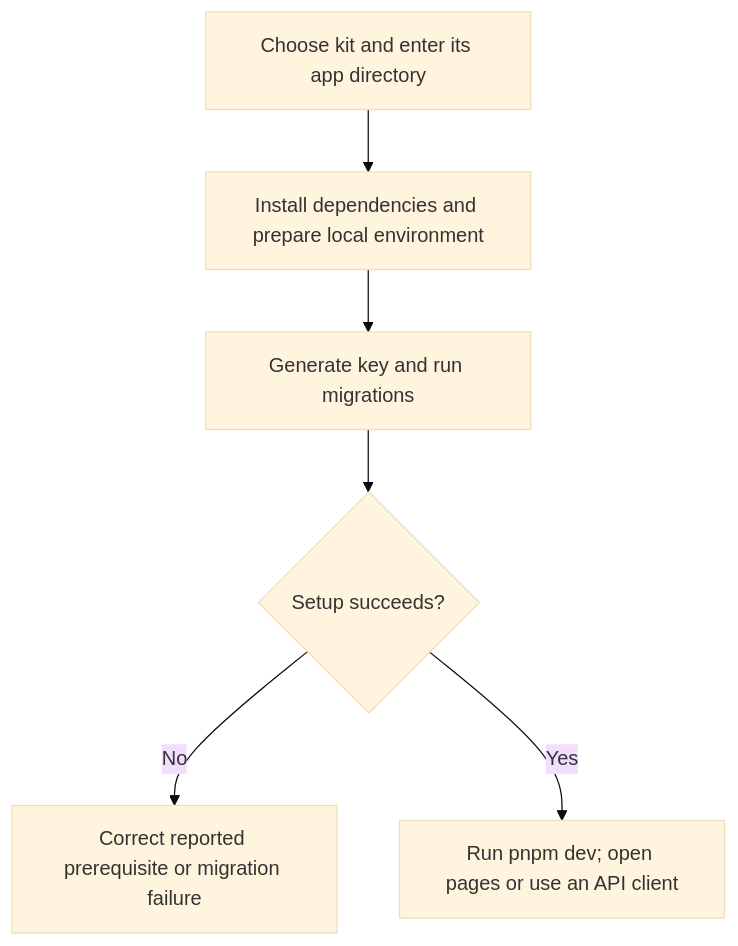
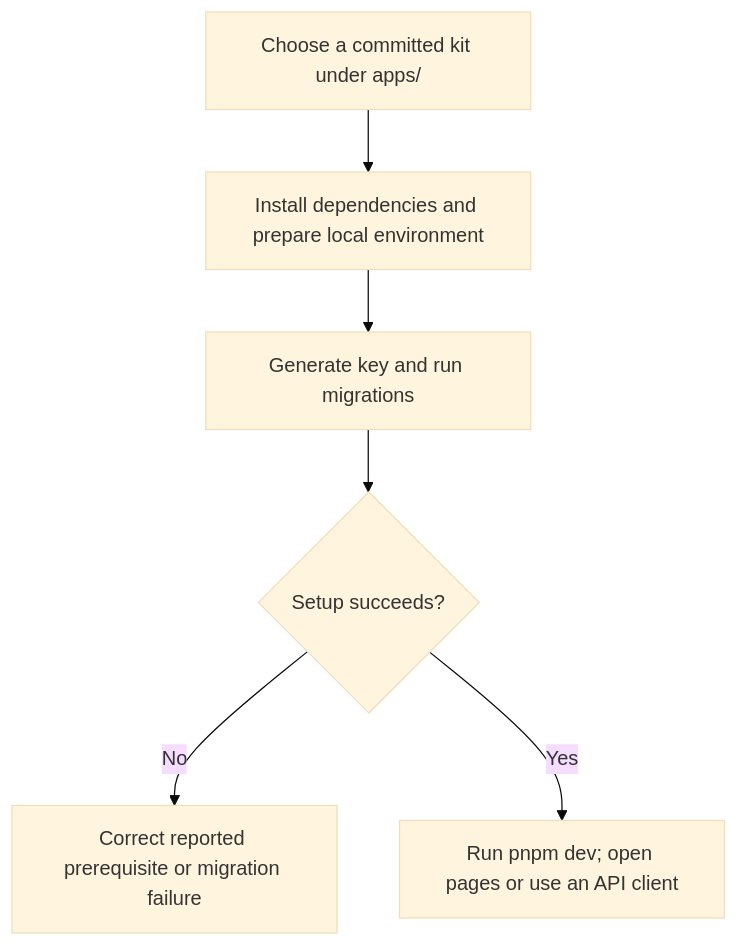
The first of 2 diagrams in user-stories/operations/us-ops-01-run-kit.md (Kevinjohn/oss-adonisjs-starter-examples), drawn with Mermaid (base theme) before and after one commit. The commit also changed other lines of this file and 154 other files, not shown here.

````diff
--- a/user-stories/operations/us-ops-01-run-kit.md
+++ b/user-stories/operations/us-ops-01-run-kit.md
@@ -20,8 +20,8 @@
 ```mermaid
 flowchart TD
-    A["Choose kit and enter its app directory"] --> B["Install dependencies and prepare local environment"]
+    A["Choose a committed kit under apps/"] --> B["Install dependencies and prepare local environment"]
     B --> C["Generate key and run migrations"]
     C --> D{"Setup succeeds?"}
     D -->|No| E["Correct reported prerequisite or migration failure"]
     D -->|Yes| F["Run pnpm dev; open pages or use an API client"]
 ```
````
